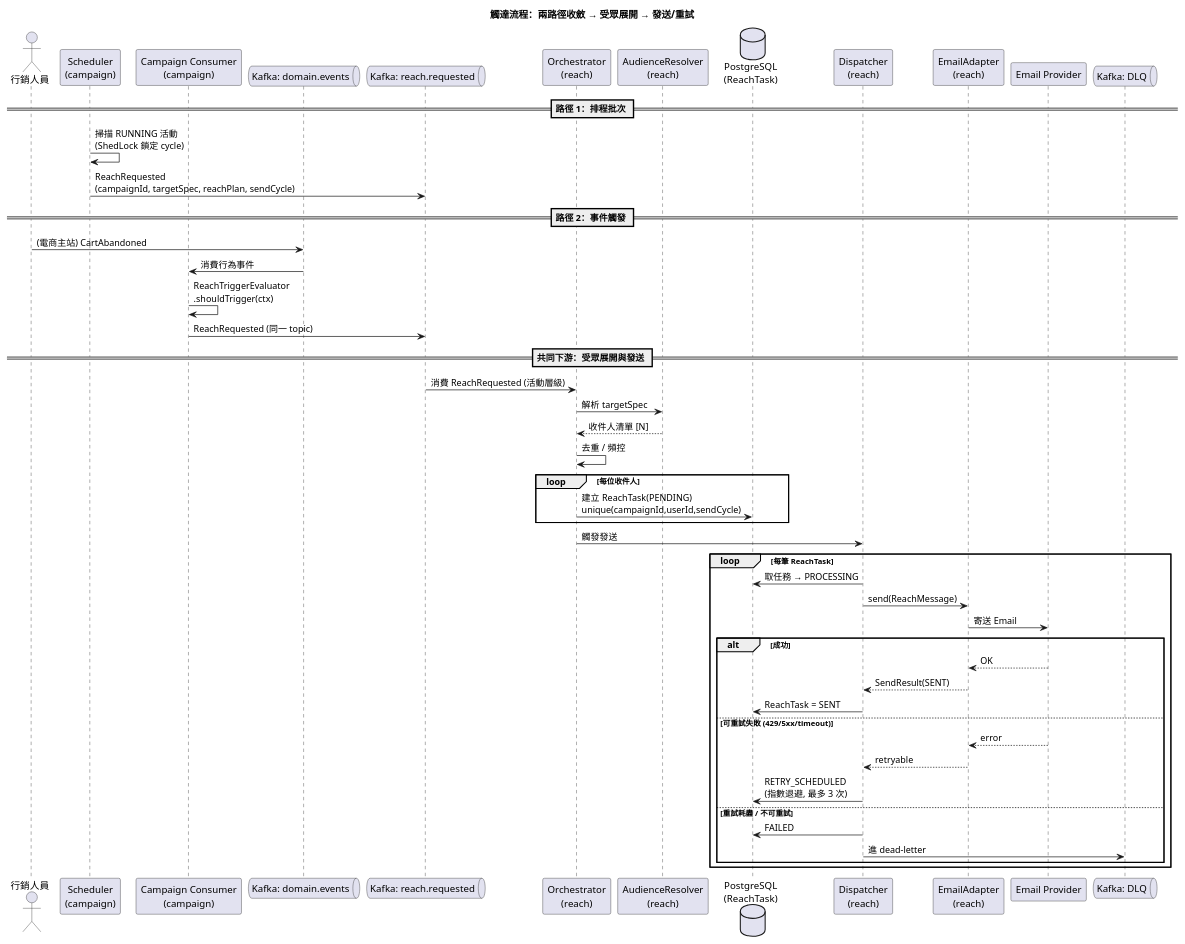
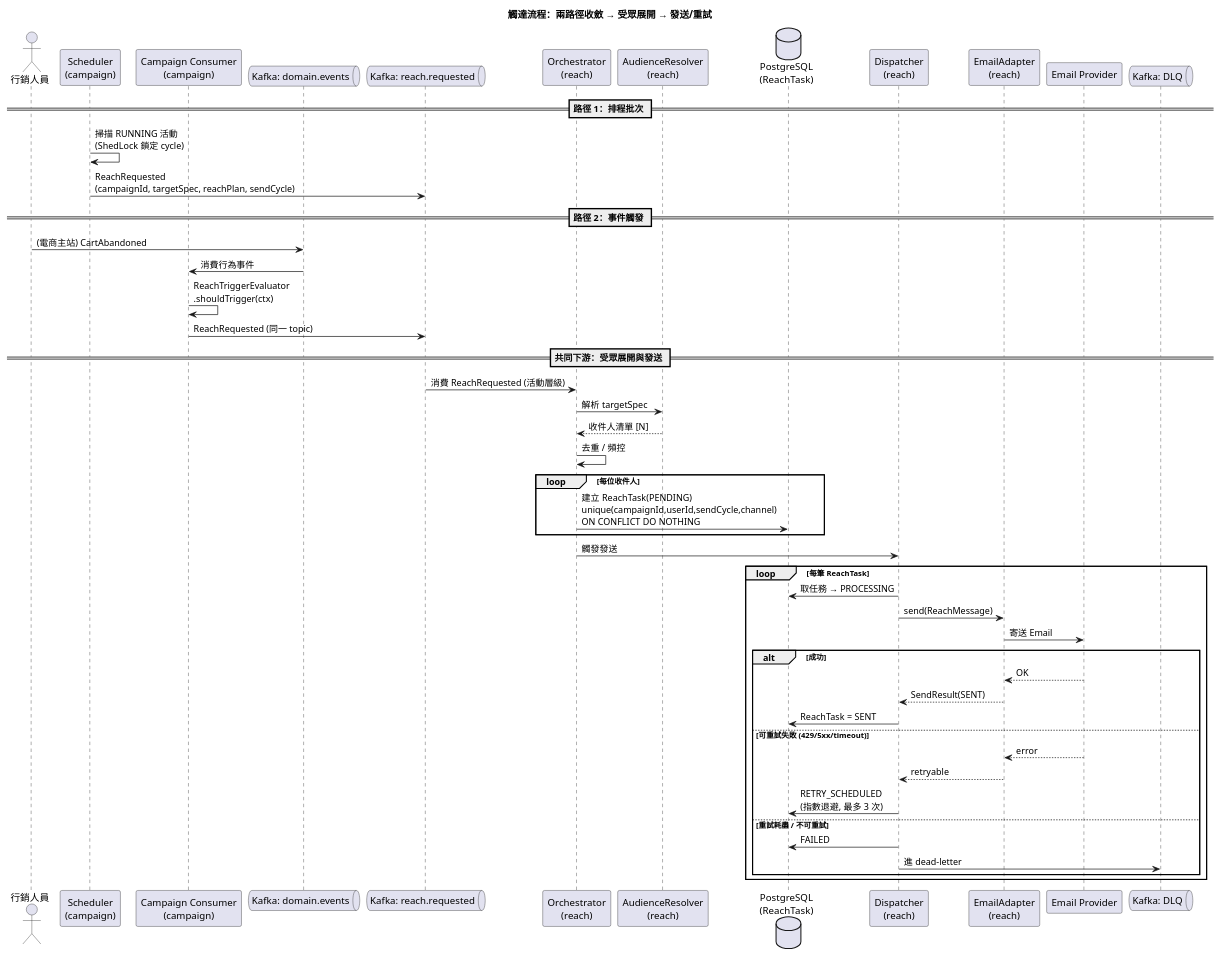
The diagram in openspec/changes/add-ecommerce-campaign-system/diagrams/01-sequence-reach-flow.puml (BIBIOTA/campaign-reach-system), drawn with PlantUML before and after one commit. The commit also changed 8 other files, not shown here.

```diff
--- a/openspec/changes/add-ecommerce-campaign-system/diagrams/01-sequence-reach-flow.puml
+++ b/openspec/changes/add-ecommerce-campaign-system/diagrams/01-sequence-reach-flow.puml
@@ -1,54 +1,54 @@
 @startuml
 title 觸達流程：兩路徑收斂 → 受眾展開 → 發送/重試
 
 actor "行銷人員" as MK
 participant "Scheduler\n(campaign)" as SCH
 participant "Campaign Consumer\n(campaign)" as CC
 queue "Kafka: domain.events" as DE
 queue "Kafka: reach.requested" as RR
 participant "Orchestrator\n(reach)" as ORC
 participant "AudienceResolver\n(reach)" as AR
 database "PostgreSQL\n(ReachTask)" as DB
 participant "Dispatcher\n(reach)" as DSP
 participant "EmailAdapter\n(reach)" as EA
 participant "Email Provider" as EP
 queue "Kafka: DLQ" as DLQ
 
 == 路徑 1：排程批次 ==
 SCH -> SCH : 掃描 RUNNING 活動\n(ShedLock 鎖定 cycle)
 SCH -> RR : ReachRequested\n(campaignId, targetSpec, reachPlan, sendCycle)
 
 == 路徑 2：事件觸發 ==
 MK -> DE : (電商主站) CartAbandoned
 DE -> CC : 消費行為事件
 CC -> CC : ReachTriggerEvaluator\n.shouldTrigger(ctx)
 CC -> RR : ReachRequested (同一 topic)
 
 == 共同下游：受眾展開與發送 ==
 RR -> ORC : 消費 ReachRequested (活動層級)
 ORC -> AR : 解析 targetSpec
 AR --> ORC : 收件人清單 [N]
 ORC -> ORC : 去重 / 頻控
 loop 每位收件人
-  ORC -> DB : 建立 ReachTask(PENDING)\nunique(campaignId,userId,sendCycle)
+  ORC -> DB : 建立 ReachTask(PENDING)\nunique(campaignId,userId,sendCycle,channel)\nON CONFLICT DO NOTHING
 end
 ORC -> DSP : 觸發發送
 
 loop 每筆 ReachTask
   DSP -> DB : 取任務 → PROCESSING
   DSP -> EA : send(ReachMessage)
   EA -> EP : 寄送 Email
   alt 成功
     EP --> EA : OK
     EA --> DSP : SendResult(SENT)
     DSP -> DB : ReachTask = SENT
   else 可重試失敗 (429/5xx/timeout)
     EP --> EA : error
     EA --> DSP : retryable
     DSP -> DB : RETRY_SCHEDULED\n(指數退避, 最多 3 次)
   else 重試耗盡 / 不可重試
     DSP -> DB : FAILED
     DSP -> DLQ : 進 dead-letter
   end
 end
 @enduml
```
